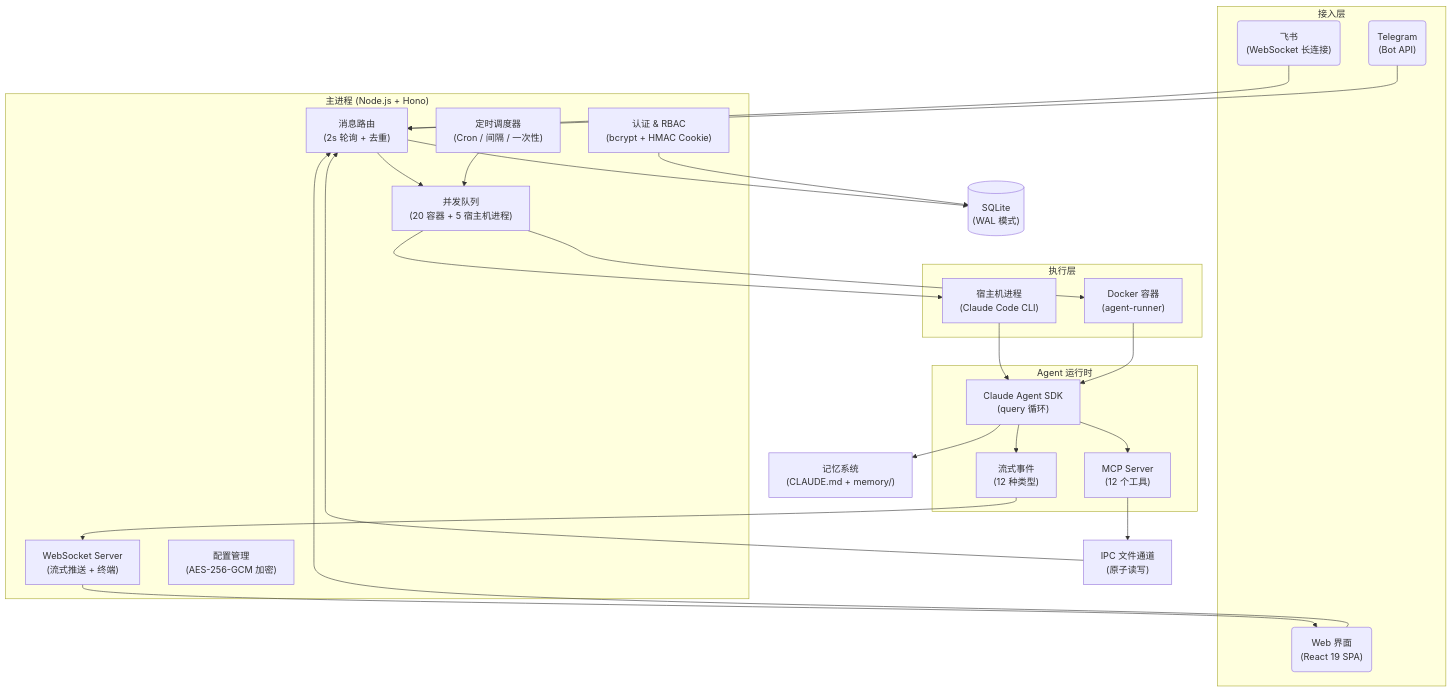
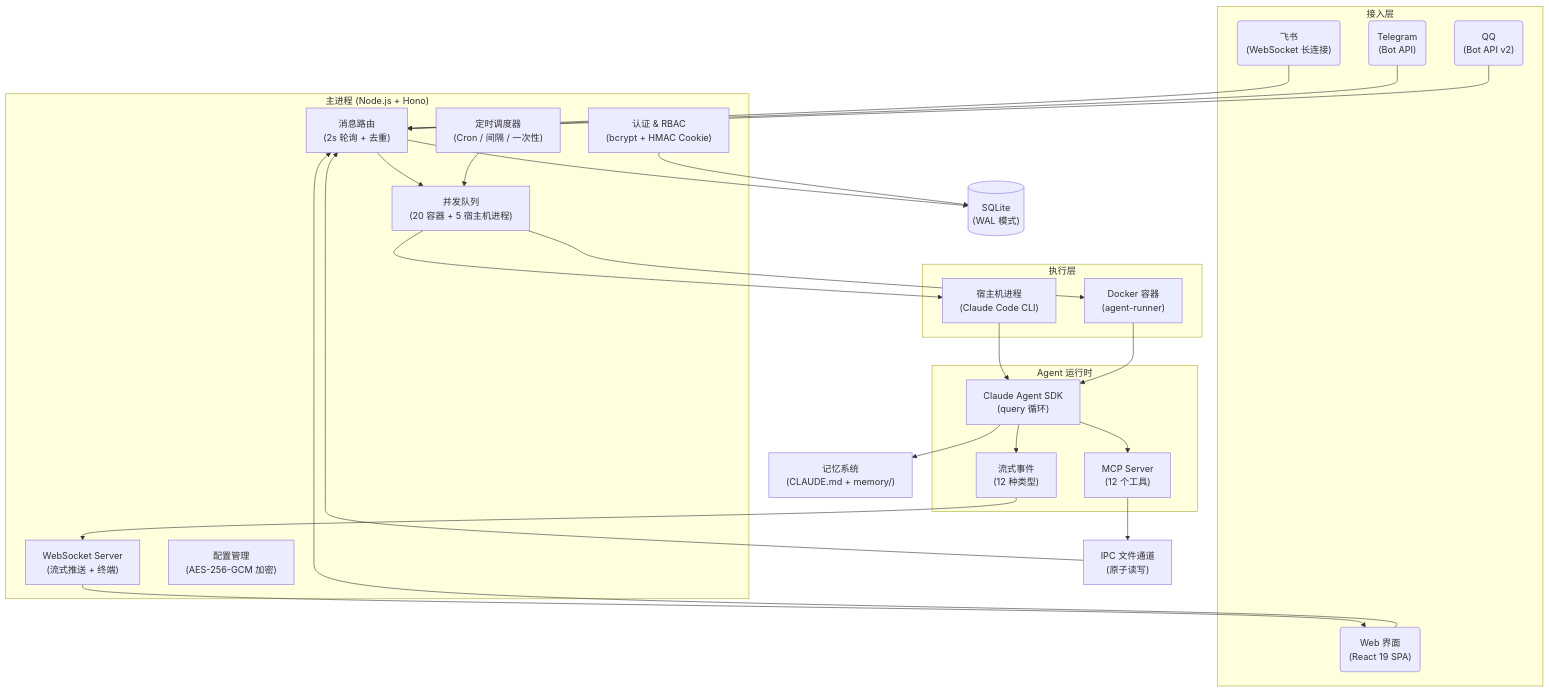
The diagram in README.md (rome-xi/happyclaw), drawn with Mermaid before and after one commit. The commit also changed other lines of this file and 13 other files, not shown here.

First line of the commit message:
功能: 接入 QQ 通道（Bot API v2）

````diff
--- a/README.md
+++ b/README.md
@@ -307,64 +319,66 @@
 ```mermaid
 flowchart TD
     subgraph 接入层
         Feishu("飞书<br/>(WebSocket 长连接)")
         Telegram("Telegram<br/>(Bot API)")
+        QQ("QQ<br/>(Bot API v2)")
         Web("Web 界面<br/>(React 19 SPA)")
     end
 
     subgraph 主进程["主进程 (Node.js + Hono)"]
         Router["消息路由<br/>(2s 轮询 + 去重)"]
         Queue["并发队列<br/>(20 容器 + 5 宿主机进程)"]
         Scheduler["定时调度器<br/>(Cron / 间隔 / 一次性)"]
         WS["WebSocket Server<br/>(流式推送 + 终端)"]
         Auth["认证 & RBAC<br/>(bcrypt + HMAC Cookie)"]
         Config["配置管理<br/>(AES-256-GCM 加密)"]
     end
 
     subgraph 执行层
         Host["宿主机进程<br/>(Claude Code CLI)"]
         Container["Docker 容器<br/>(agent-runner)"]
     end
 
     subgraph Agent["Agent 运行时"]
         SDK["Claude Agent SDK<br/>(query 循环)"]
         MCP["MCP Server<br/>(12 个工具)"]
         Stream["流式事件<br/>(12 种类型)"]
     end
 
     DB[("SQLite<br/>(WAL 模式)")]
     IPC["IPC 文件通道<br/>(原子读写)"]
     Memory["记忆系统<br/>(CLAUDE.md + memory/)"]
 
     Feishu --> Router
     Telegram --> Router
+    QQ --> Router
     Web --> Router
 
     Router --> Queue
     Queue --> Host
     Queue --> Container
     Scheduler --> Queue
 
     Host --> SDK
     Container --> SDK
     SDK --> MCP
     SDK --> Stream
 
     MCP --> IPC
     IPC --> Router
 
     Stream --> WS
     WS --> Web
 
     Router --> DB
     Auth --> DB
     SDK --> Memory
 
-    class Feishu,Telegram,Web fe
+    class Feishu,Telegram,QQ,Web fe
     class Router,Queue,Scheduler,WS,Auth,Config svc
     class DB db
     class Host,Container faas
     class SDK,MCP,Stream faas
     class IPC cfg
     class Memory cfg
 ```
````
